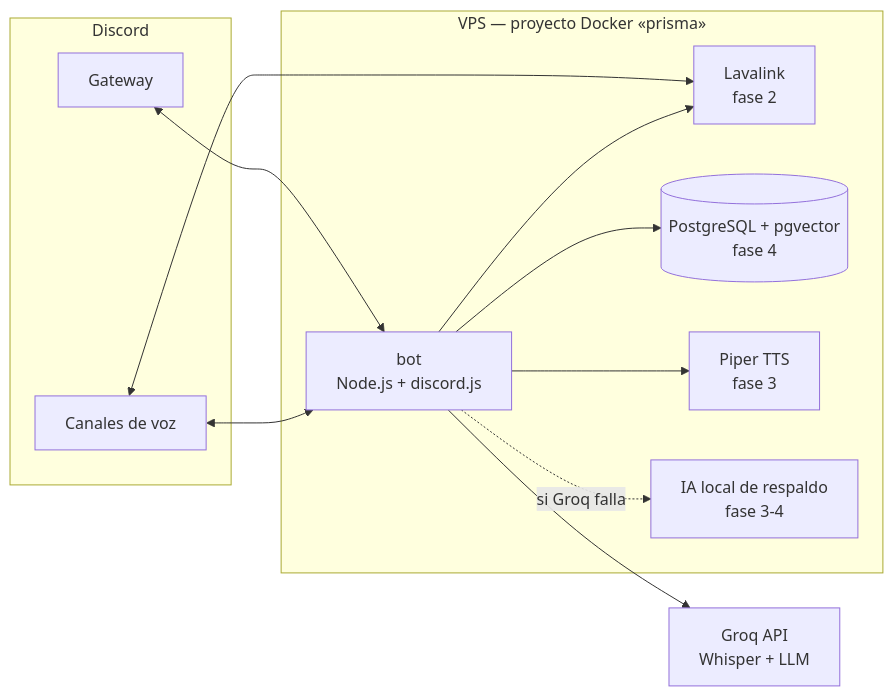
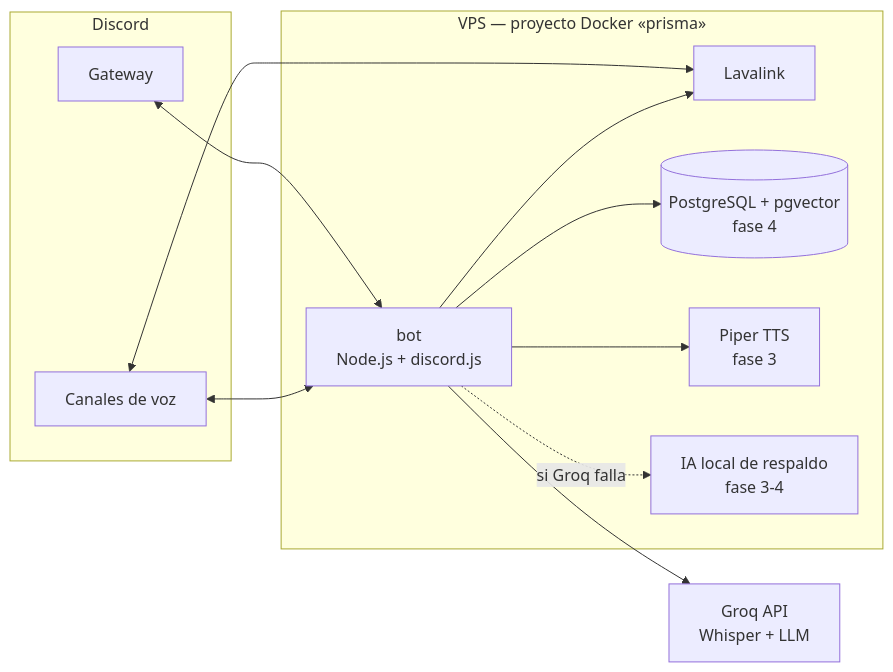
One commit to Sperway/Prisma changed the first of 3 diagrams in docs/arquitectura.md. Above: the diagram before and after it, drawn with Mermaid. The commit also changed other lines of this file and 31 other files, not shown here.

First line of the commit message:
feat: música con Lavalink (fase 2)

````diff
--- a/docs/arquitectura.md
+++ b/docs/arquitectura.md
@@ -7,26 +7,26 @@
 ```mermaid
 flowchart LR
     subgraph Discord
         GW[Gateway]
         VC[Canales de voz]
     end
 
     subgraph VPS["VPS — proyecto Docker «prisma»"]
         BOT[bot<br/>Node.js + discord.js]
-        LL[Lavalink<br/>fase 2]
+        LL[Lavalink]
         PG[(PostgreSQL + pgvector<br/>fase 4)]
         TTS[Piper TTS<br/>fase 3]
         LOCAL[IA local de respaldo<br/>fase 3-4]
     end
 
     GROQ[Groq API<br/>Whisper + LLM]
 
     GW <--> BOT
     VC <--> BOT
     VC <--> LL
     BOT --> LL
     BOT --> PG
     BOT --> TTS
     BOT --> GROQ
     BOT -.si Groq falla.-> LOCAL
 ```
````
